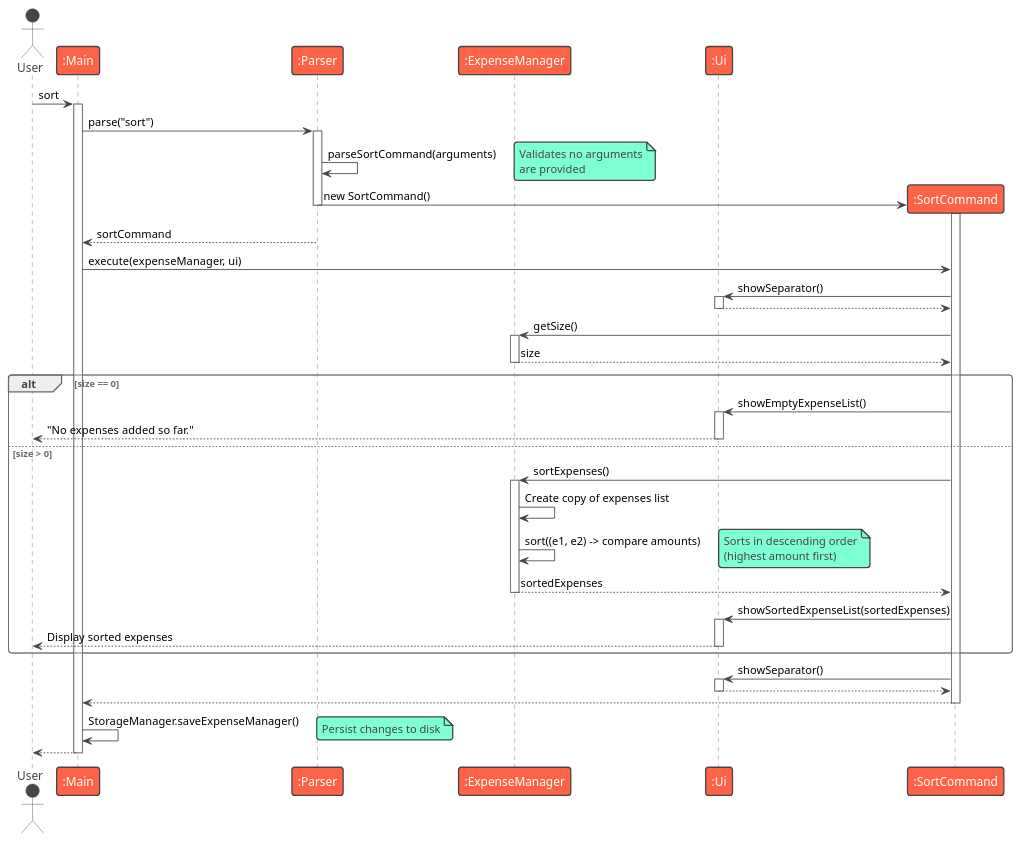
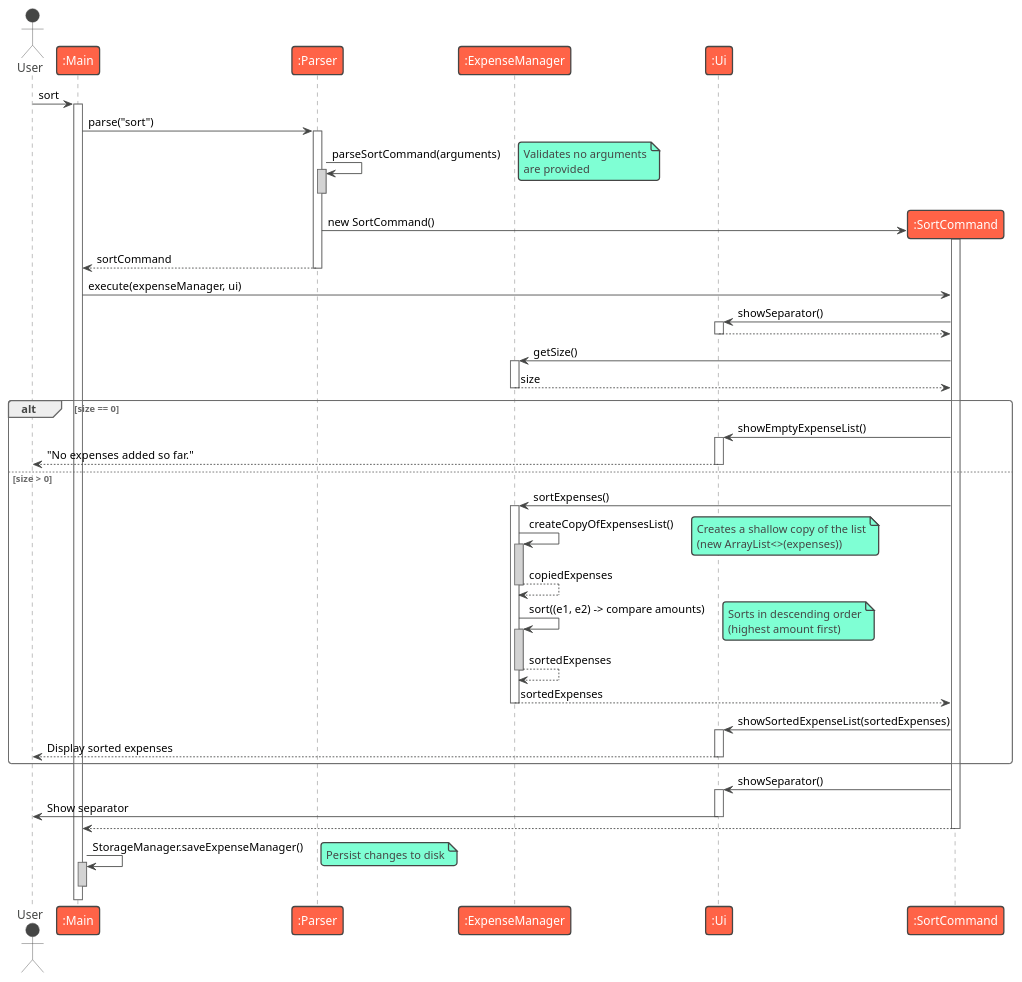
One commit to aydrienlaw/tp changed the diagram in docs/diagrams/sort-sequence.puml. Above: the diagram before and after it, drawn with PlantUML. The commit also changed 1 other file, not shown here.

Commit message:
docs: update sort sequence diagram with overlaps for function calls

```diff
--- a/docs/diagrams/sort-sequence.puml
+++ b/docs/diagrams/sort-sequence.puml
@@ -1,75 +1,82 @@
 @startuml
 '@@author saheer17
 !theme vibrant
 actor User
 participant ":Main" as Main
 participant ":Parser" as Parser
 participant ":ExpenseManager" as ExpenseManager
 participant ":Ui" as Ui
 
 User -> Main: sort
 activate Main
 
 Main -> Parser: parse("sort")
 activate Parser
 
 Parser -> Parser: parseSortCommand(arguments)
+activate Parser #LightGray
+deactivate Parser
 note right: Validates no arguments\nare provided
 
 create participant ":SortCommand" as SortCommand
 Parser -> SortCommand: new SortCommand()
 activate SortCommand
-deactivate Parser
 
 Parser --> Main: sortCommand
 deactivate Parser
 
 Main -> SortCommand: execute(expenseManager, ui)
 
 SortCommand -> Ui: showSeparator()
 activate Ui
 Ui --> SortCommand
 deactivate Ui
 
 SortCommand -> ExpenseManager: getSize()
 activate ExpenseManager
 ExpenseManager --> SortCommand: size
 deactivate ExpenseManager
 
 alt size == 0
     SortCommand -> Ui: showEmptyExpenseList()
     activate Ui
     Ui --> User: "No expenses added so far."
     deactivate Ui
 else size > 0
     SortCommand -> ExpenseManager: sortExpenses()
     activate ExpenseManager
 
-    ExpenseManager -> ExpenseManager: Create copy of expenses list
+    ExpenseManager -> ExpenseManager: createCopyOfExpensesList()
+    activate ExpenseManager #LightGray
+    note right: Creates a shallow copy of the list\n(new ArrayList<>(expenses))
+    ExpenseManager --> ExpenseManager: copiedExpenses
+    deactivate ExpenseManager #LightGray
+
     ExpenseManager -> ExpenseManager: sort((e1, e2) -> compare amounts)
+    activate ExpenseManager #LightGray
     note right: Sorts in descending order\n(highest amount first)
+    ExpenseManager --> ExpenseManager: sortedExpenses
+    deactivate ExpenseManager #LightGray
 
     ExpenseManager --> SortCommand: sortedExpenses
     deactivate ExpenseManager
 
     SortCommand -> Ui: showSortedExpenseList(sortedExpenses)
     activate Ui
     Ui --> User: Display sorted expenses
     deactivate Ui
 end
 
 SortCommand -> Ui: showSeparator()
 activate Ui
-Ui --> SortCommand
+Ui -> User : Show separator
 deactivate Ui
 
 SortCommand --> Main
 deactivate SortCommand
 
 Main -> Main: StorageManager.saveExpenseManager()
+activate Main #LightGray
 note right: Persist changes to disk
-
-Main --> User
 deactivate Main
-
 @enduml
```
